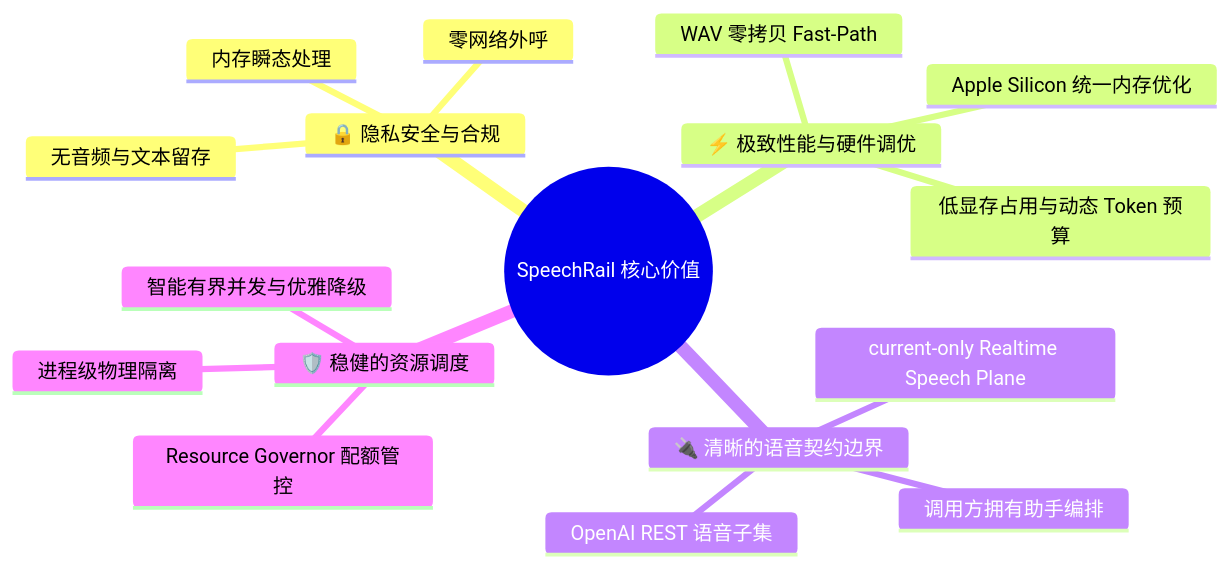
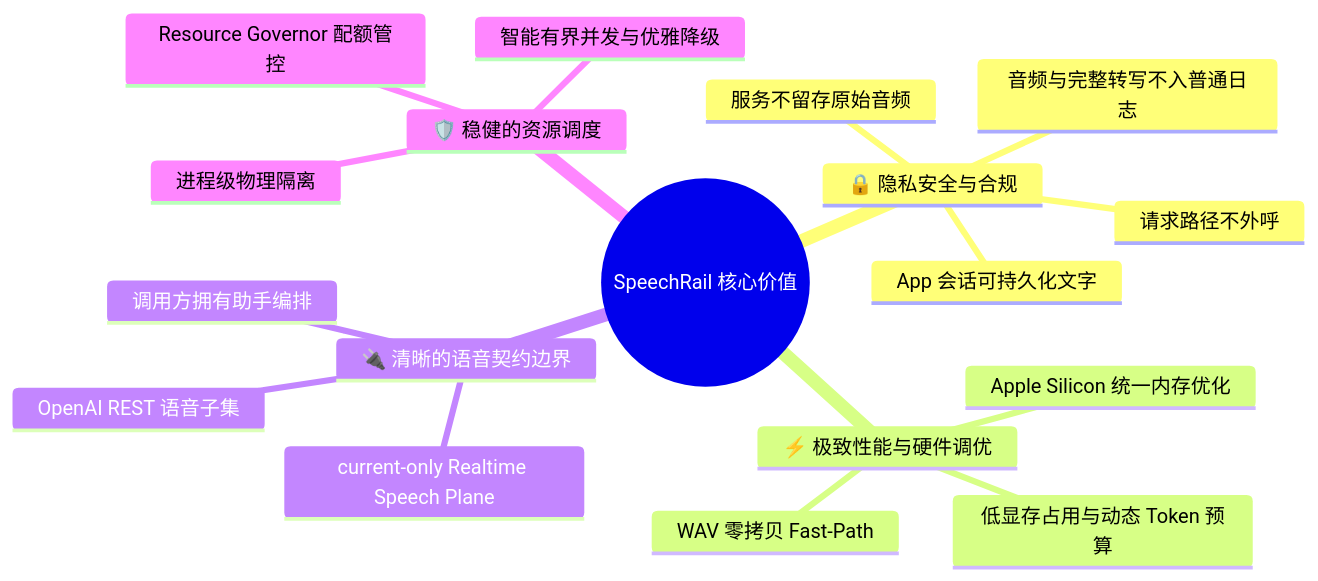
One commit to hrygo/SpeechRail changed the first of 4 diagrams in docs/product/overview.md. Above: the diagram before and after it, drawn with Mermaid. The commit also changed other lines of this file and 104 other files, not shown here.

````diff
--- a/docs/product/overview.md
+++ b/docs/product/overview.md
@@ -26,20 +26,21 @@
 ```mermaid
 mindmap
   root((SpeechRail 核心价值))
     🔒 隐私安全与合规
-      零网络外呼
-      内存瞬态处理
-      无音频与文本留存
+      请求路径不外呼
+      音频与完整转写不入普通日志
+      服务不留存原始音频
+      App 会话可持久化文字
     ⚡ 极致性能与硬件调优
       Apple Silicon 统一内存优化
       WAV 零拷贝 Fast-Path
       低显存占用与动态 Token 预算
     🔌 清晰的语音契约边界
       OpenAI REST 语音子集
       current-only Realtime Speech Plane
       调用方拥有助手编排
     🛡️ 稳健的资源调度
       进程级物理隔离
       Resource Governor 配额管控
       智能有界并发与优雅降级
 ```
````
